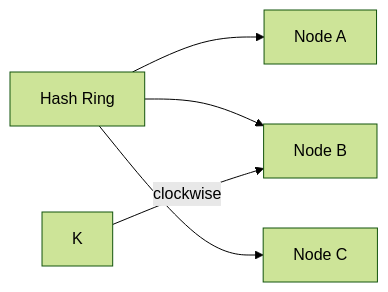
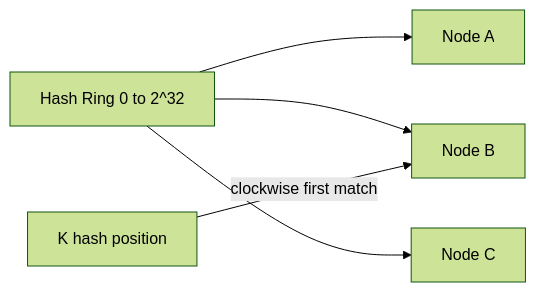
The ninth of 29 diagrams in 05-distributed-databases/README.md (hareramcse/SystemDesign), drawn with Mermaid (forest theme) before and after one commit. The commit also changed other lines of this file and 8 other files, not shown here.

````diff
--- a/05-distributed-databases/README.md
+++ b/05-distributed-databases/README.md
@@ -483,7 +491,7 @@
 ```mermaid
 flowchart LR
-    Ring[Hash Ring] --> N1[Node A]
+    Ring[Hash Ring 0 to 2^32] --> N1[Node A]
     Ring --> N2[Node B]
     Ring --> N3[Node C]
-    Key[K] -->|clockwise| N2
+    Key[K hash position] -->|clockwise first match| N2
 ```
````
